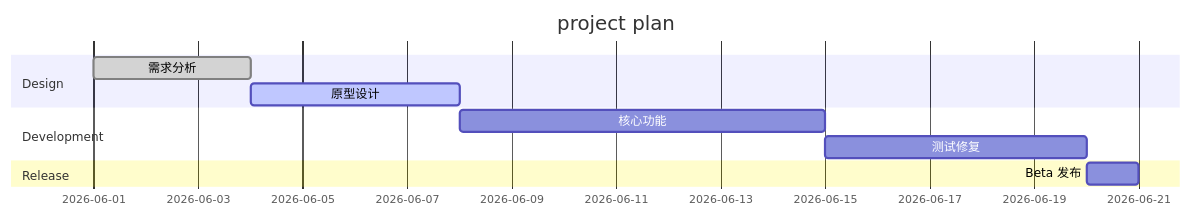
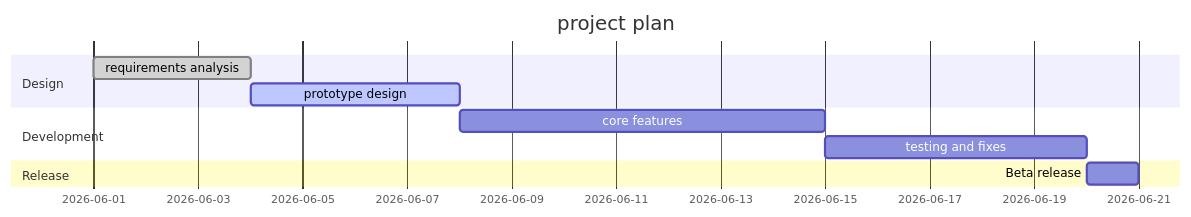
Before and after one commit to neobuilding/markflow: the third of 4 diagrams in examples/demo.en.md, drawn with Mermaid.

Commit message:
doc(demo): translate Chinese to English in examples\demo.en.md

````diff
--- a/examples/demo.en.md
+++ b/examples/demo.en.md
@@ -98,13 +98,13 @@
 ```mermaid
 gantt
     title project plan
     dateFormat  YYYY-MM-DD
     section Design
-    需求分析     :done, a1, 2026-06-01, 3d
-    原型设计     :active, a2, 2026-06-04, 4d
+    requirements analysis :done, a1, 2026-06-01, 3d
+    prototype design      :active, a2, 2026-06-04, 4d
     section Development
-    核心功能     :b1, 2026-06-08, 7d
-    测试修复     :b2, 2026-06-15, 5d
+    core features         :b1, 2026-06-08, 7d
+    testing and fixes     :b2, 2026-06-15, 5d
     section Release
-    Beta 发布    :c1, 2026-06-20, 1d
+    Beta release          :c1, 2026-06-20, 1d
 ```
````
